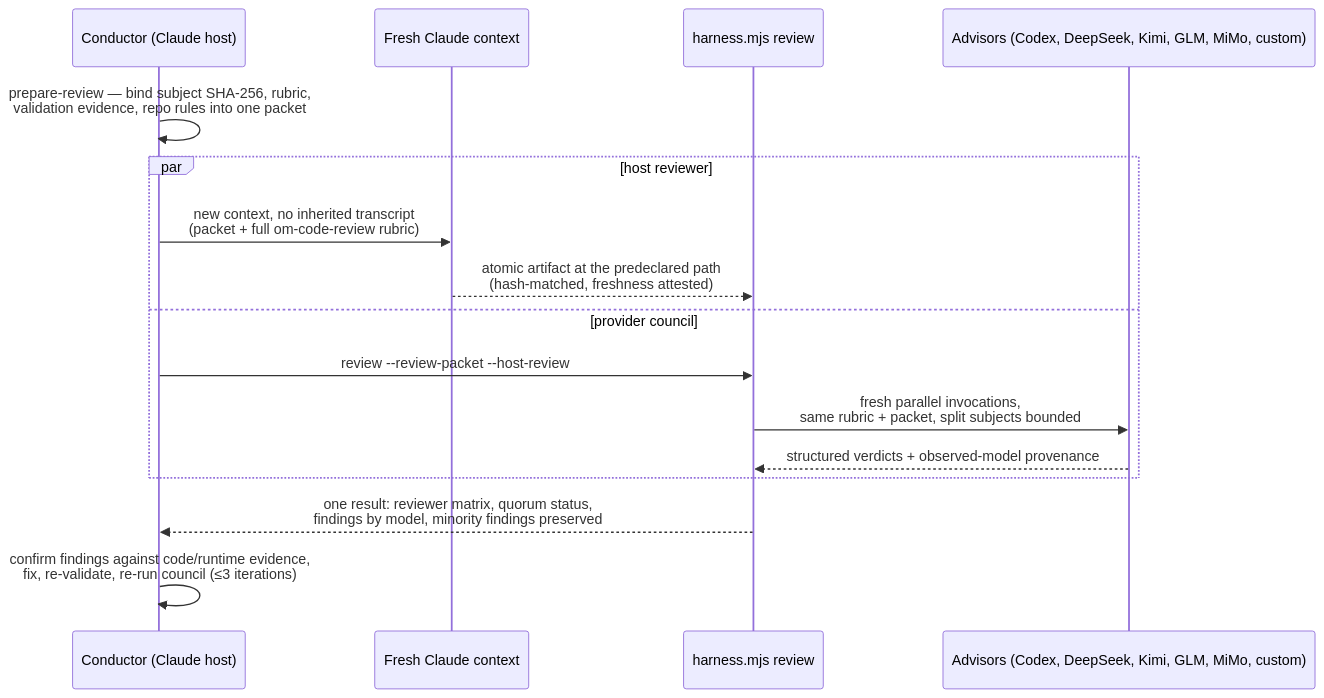
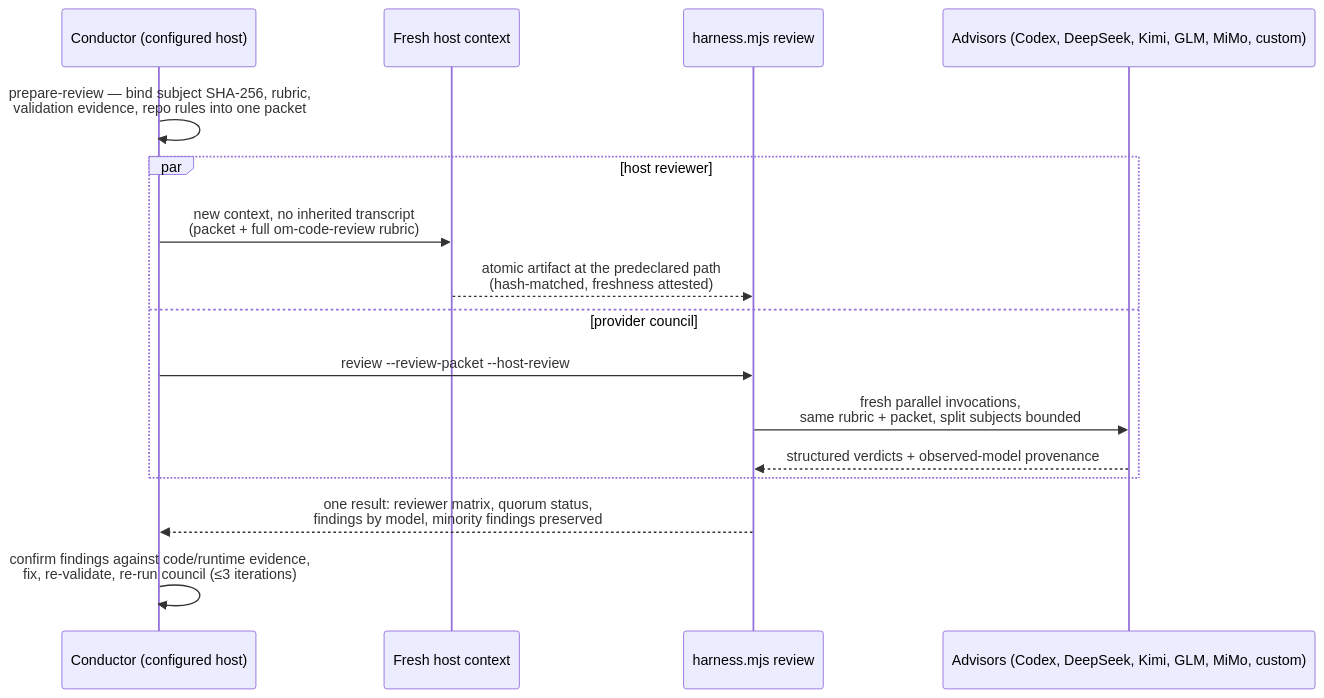
One commit to open-mercato/skills changed the second of 4 diagrams in skills/om-harness/README.md. Above: the diagram before and after it, drawn with Mermaid. The commit also changed other lines of this file and 26 other files, not shown here.

````diff
--- a/skills/om-harness/README.md
+++ b/skills/om-harness/README.md
@@ -103,19 +102,19 @@
 ```mermaid
 sequenceDiagram
-    participant H as Conductor (Claude host)
-    participant F as Fresh Claude context
+    participant H as Conductor (configured host)
+    participant F as Fresh host context
     participant R as harness.mjs review
     participant A as Advisors (Codex, DeepSeek, Kimi, GLM, MiMo, custom)
 
     H->>H: prepare-review — bind subject SHA-256, rubric,<br/>validation evidence, repo rules into one packet
     par host reviewer
         H->>F: new context, no inherited transcript<br/>(packet + full om-code-review rubric)
         F-->>R: atomic artifact at the predeclared path<br/>(hash-matched, freshness attested)
     and provider council
         H->>R: review --review-packet --host-review
         R->>A: fresh parallel invocations,<br/>same rubric + packet, split subjects bounded
         A-->>R: structured verdicts + observed-model provenance
     end
     R-->>H: one result: reviewer matrix, quorum status,<br/>findings by model, minority findings preserved
     H->>H: confirm findings against code/runtime evidence,<br/>fix, re-validate, re-run council (≤3 iterations)
 ```
````
